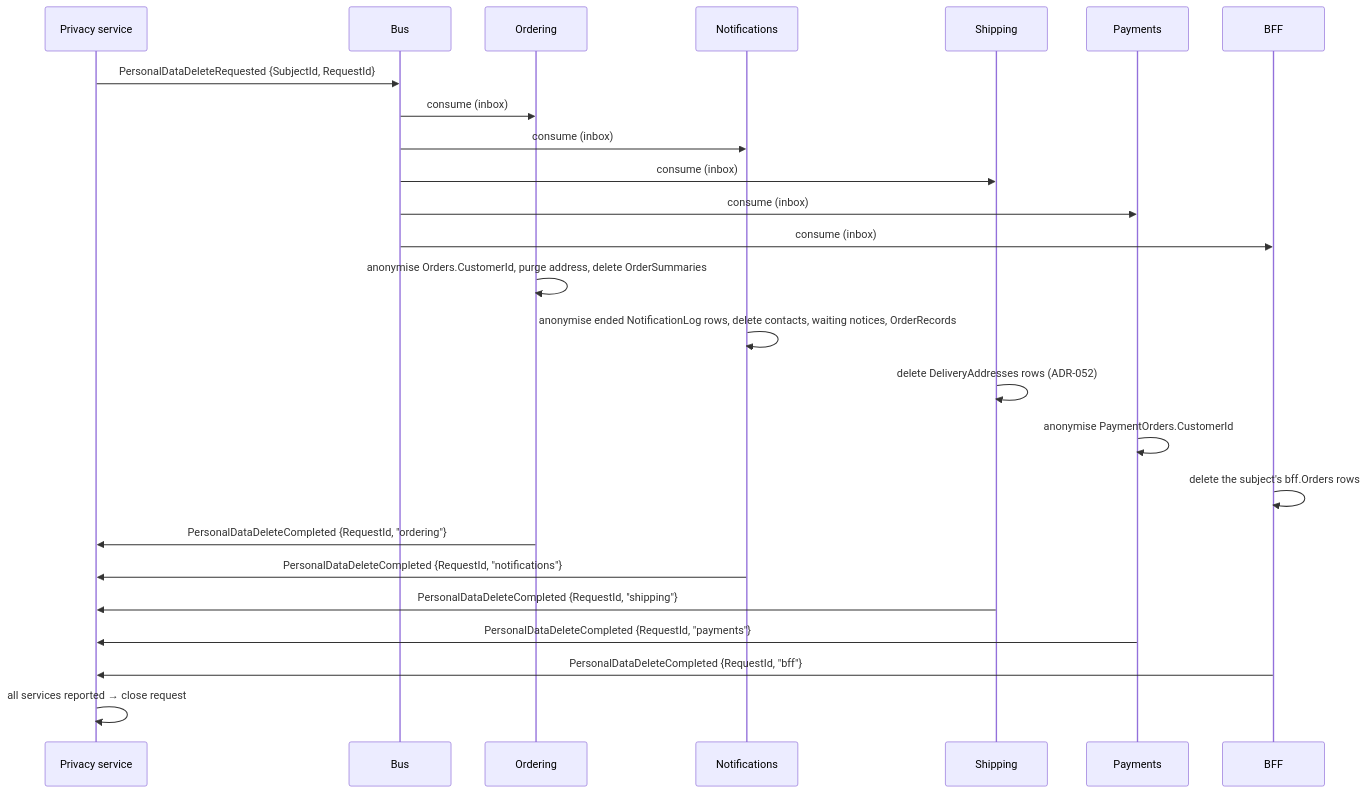
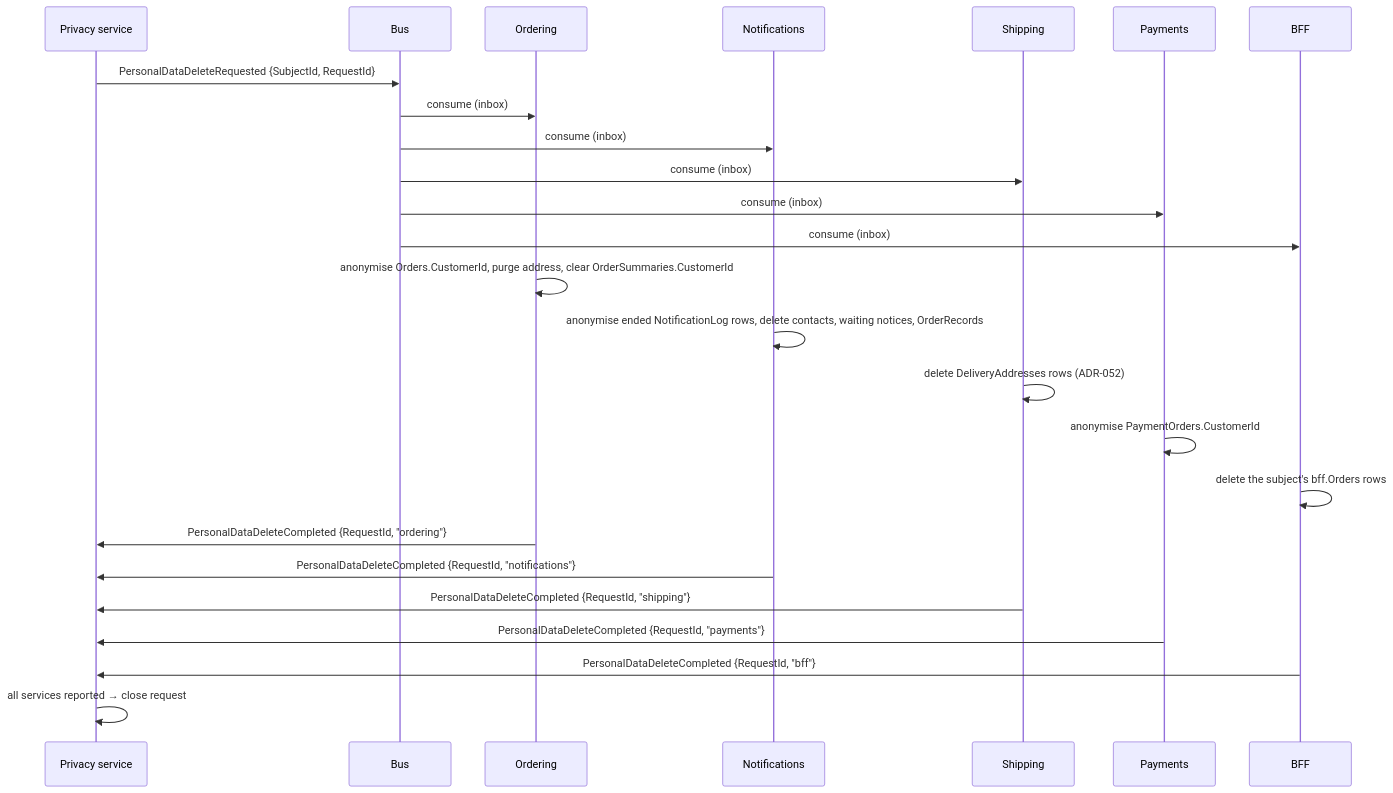
The second of 2 diagrams in docs/backend-architecture/11-identity-authorization.md (alexander-shamray/blueprint-backend), drawn with Mermaid before and after one commit. The commit also changed 2 other files, not shown here.

Commit message:
docs: Ordering anonymises its order summaries and does not delete them
ADR-092 and the data map said delete. A summary row carries the counted-once
flags of §13.3, so deleting it would let a replayed event count again; taking
the id off the row leaves nothing personal. The data map, §11.7's diagram and an
amendment line in ADR-092 say so, and the data map lists Ordering's audit table
beside Payments' as holding none.

Claude-Session: https://claude.ai/code/session_01E95hGmD5dbjihKDU5o4Ytc

````diff
--- a/docs/backend-architecture/11-identity-authorization.md
+++ b/docs/backend-architecture/11-identity-authorization.md
@@ -1422,28 +1422,28 @@
 ```mermaid
 sequenceDiagram
     participant P as Privacy service
     participant B as Bus
     participant O as Ordering
     participant N as Notifications
     participant S as Shipping
     participant Y as Payments
     participant F as BFF
 
     P->>B: PersonalDataDeleteRequested {SubjectId, RequestId}
     B->>O: consume (inbox)
     B->>N: consume (inbox)
     B->>S: consume (inbox)
     B->>Y: consume (inbox)
     B->>F: consume (inbox)
-    O->>O: anonymise Orders.CustomerId, purge address, delete OrderSummaries
+    O->>O: anonymise Orders.CustomerId, purge address, clear OrderSummaries.CustomerId
     N->>N: anonymise ended NotificationLog rows, delete contacts, waiting notices, OrderRecords
     S->>S: delete DeliveryAddresses rows (ADR-052)
     Y->>Y: anonymise PaymentOrders.CustomerId
     F->>F: delete the subject's bff.Orders rows
     O->>P: PersonalDataDeleteCompleted {RequestId, "ordering"}
     N->>P: PersonalDataDeleteCompleted {RequestId, "notifications"}
     S->>P: PersonalDataDeleteCompleted {RequestId, "shipping"}
     Y->>P: PersonalDataDeleteCompleted {RequestId, "payments"}
     F->>P: PersonalDataDeleteCompleted {RequestId, "bff"}
     P->>P: all services reported → close request
 ```
````
